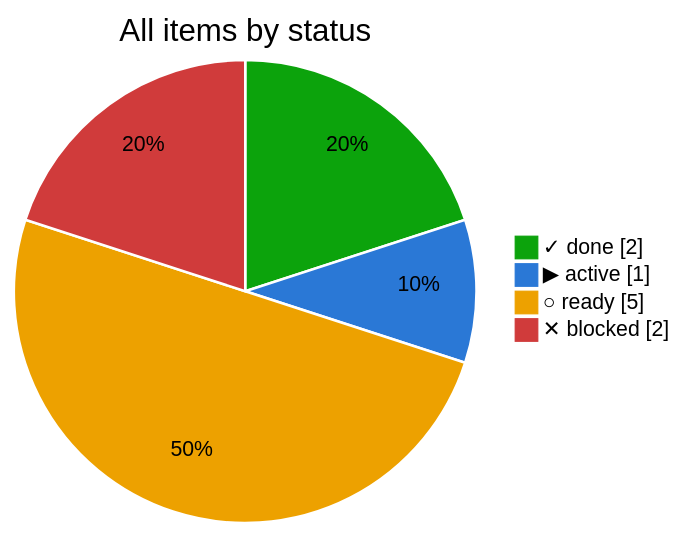
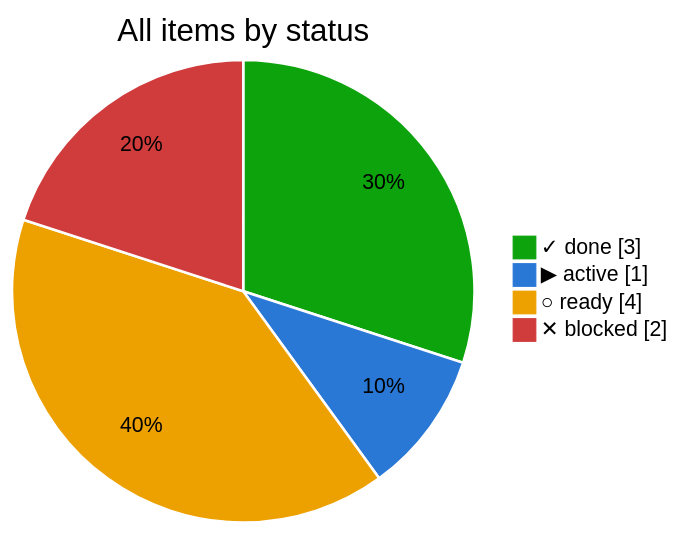
One commit to bvraghav/pmtrack changed the second of 4 diagrams in progress/README.md. Above: the diagram before and after it, drawn with Mermaid. The commit also changed other lines of this file and 5 other files, not shown here.

````diff
--- a/progress/README.md
+++ b/progress/README.md
@@ -21,8 +21,8 @@
 ```mermaid
 %%{init: {"themeVariables": {"pie1": "#0ca30c", "pie2": "#2a78d6", "pie3": "#eda100", "pie4": "#d03b3b", "pieOpacity": "1", "pieSectionTextColor": "#000", "pieStrokeColor": "#fff", "pieStrokeWidth": "2px", "pieOuterStrokeWidth": "0px"}}}%%
 pie showData title All items by status
-  "✓ done" : 2
+  "✓ done" : 3
   "▶ active" : 1
-  "○ ready" : 5
+  "○ ready" : 4
   "✕ blocked" : 2
 ```
````
